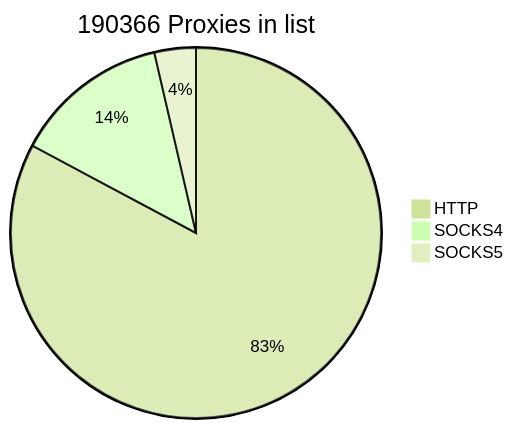
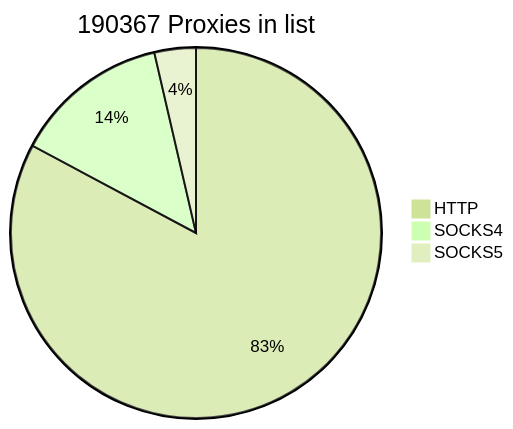
One commit to cutipu/proxylist changed the first of 2 diagrams in README.md. Above: the diagram before and after it, drawn with Mermaid (forest theme). The commit also changed other lines of this file, not shown here.

````diff
--- a/README.md
+++ b/README.md
@@ -2,7 +2,7 @@
 ```mermaid
-pie title 190366 Proxies in list
+pie title 190367 Proxies in list
     "HTTP" : 157621
     "SOCKS4" : 25860
-    "SOCKS5" : 6885
+    "SOCKS5" : 6886
             
 ```
````
